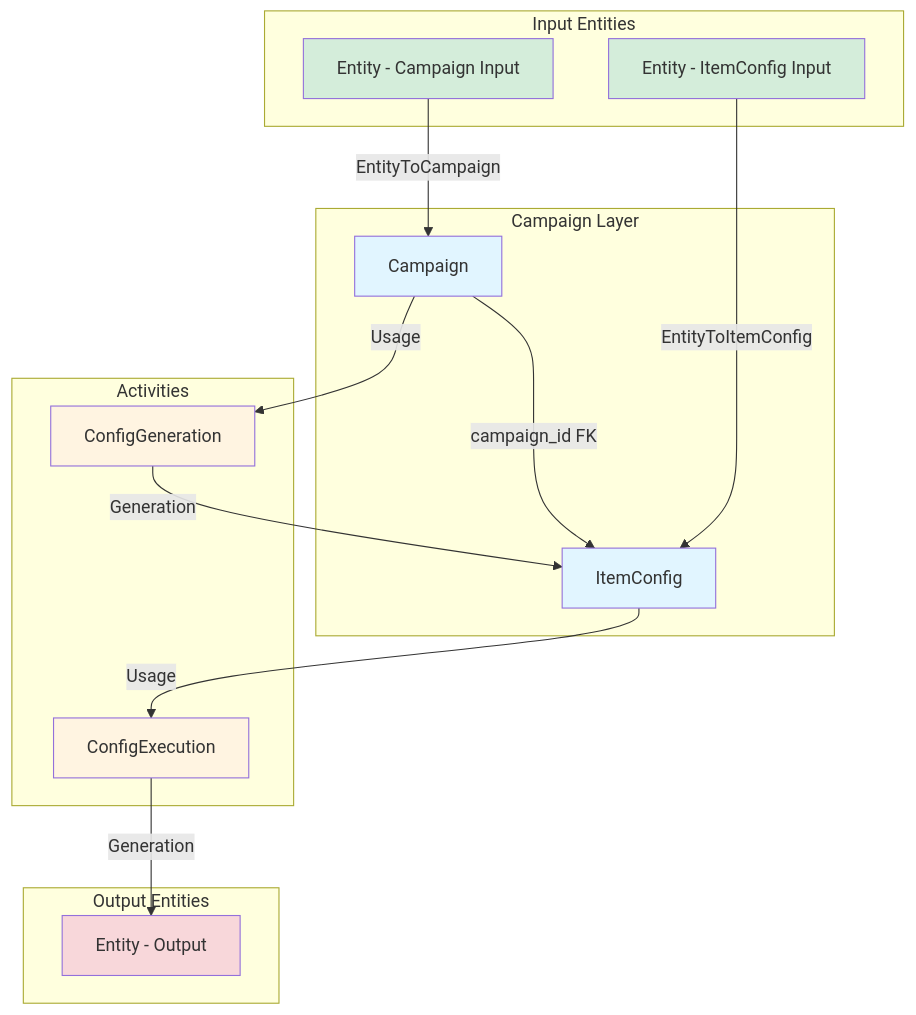
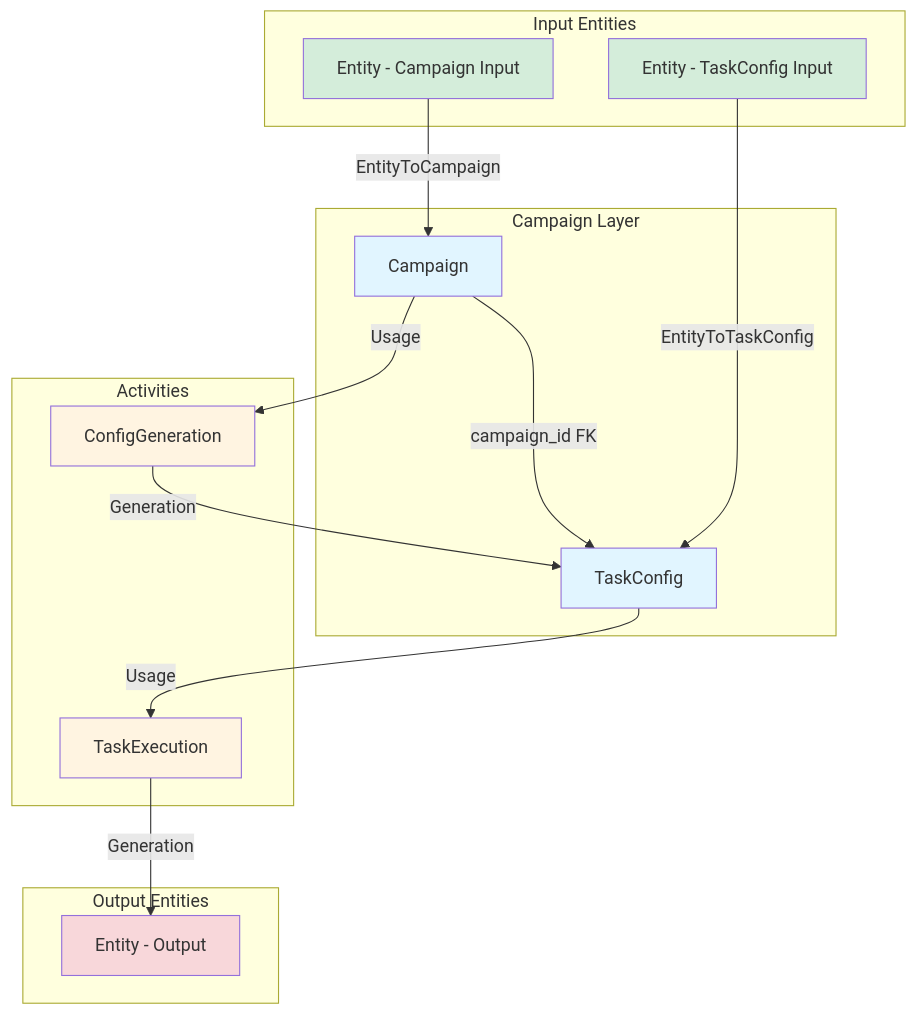
One commit to openbraininstitute/entitycore changed the first of 2 diagrams in docs/campaign-models-diagram.md. Above: the diagram before and after it, drawn with Mermaid. The commit also changed other lines of this file and 5 other files, not shown here.

Commit message:
Rename ItemConfig to TaskConfig, ConfigExecution to TaskExecution

````diff
--- a/docs/campaign-models-diagram.md
+++ b/docs/campaign-models-diagram.md
@@ -3,39 +3,39 @@
 ```mermaid
 flowchart TD
     subgraph Input["Input Entities"]
         EIn1[Entity - Campaign Input]
-        EIn2[Entity - ItemConfig Input]
+        EIn2[Entity - TaskConfig Input]
     end
 
     subgraph Campaign_Layer["Campaign Layer"]
         C[Campaign]
-        IC[ItemConfig]
+        TC[TaskConfig]
     end
 
     subgraph Activities
         CG[ConfigGeneration]
-        CE[ConfigExecution]
+        TE[TaskExecution]
     end
 
     subgraph Output["Output Entities"]
         EOut[Entity - Output]
     end
 
     EIn1 -->|EntityToCampaign| C
-    EIn2 -->|EntityToItemConfig| IC
-    C -->|campaign_id FK| IC
+    EIn2 -->|EntityToTaskConfig| TC
+    C -->|campaign_id FK| TC
 
     C -->|Usage| CG
-    CG -->|Generation| IC
+    CG -->|Generation| TC
 
-    IC -->|Usage| CE
-    CE -->|Generation| EOut
+    TC -->|Usage| TE
+    TE -->|Generation| EOut
 
     style C fill:#e1f5ff
-    style IC fill:#e1f5ff
+    style TC fill:#e1f5ff
     style EIn1 fill:#d4edda
     style EIn2 fill:#d4edda
     style EOut fill:#f8d7da
     style CG fill:#fff4e1
-    style CE fill:#fff4e1
+    style TE fill:#fff4e1
 ```
````
